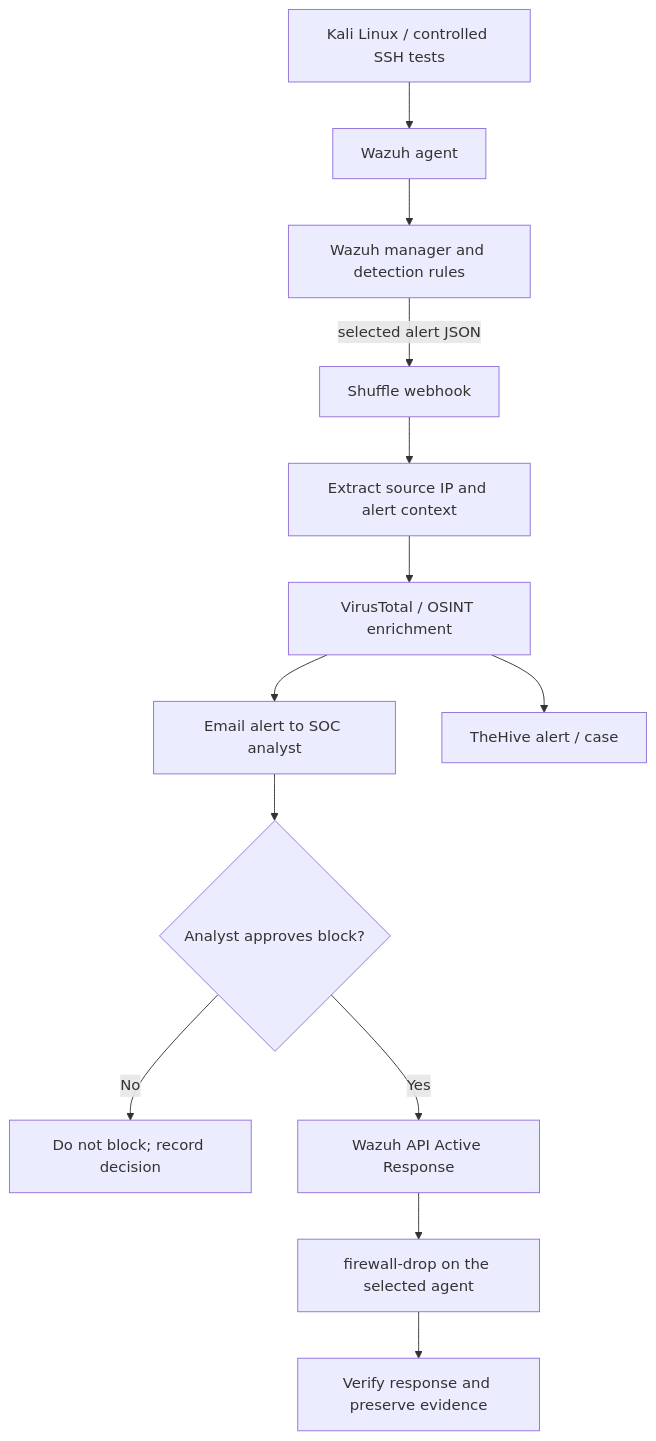
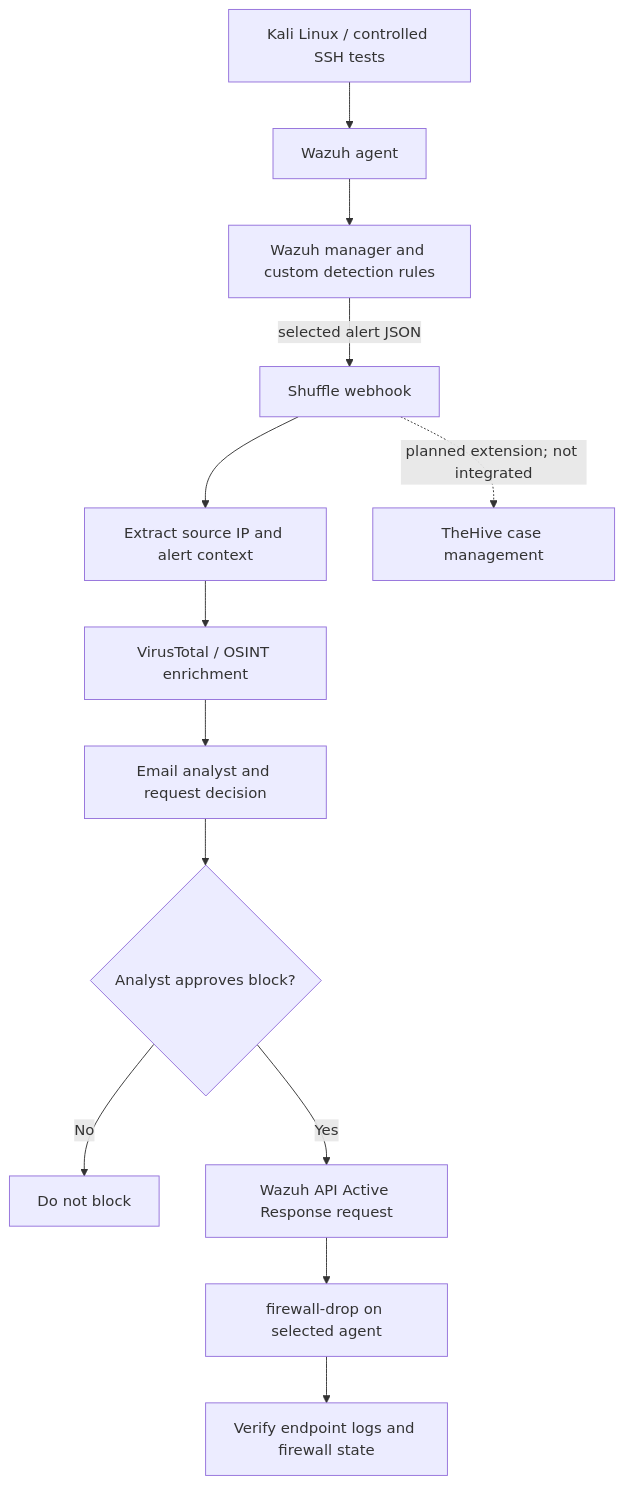
One commit to Aj-Lawrence7/soc-automation-lab changed the diagram in docs/workflow.md. Above: the diagram before and after it, drawn with Mermaid. The commit also changed other lines of this file and 6 other files, not shown here.

````diff
--- a/docs/workflow.md
+++ b/docs/workflow.md
@@ -5,15 +5,15 @@
 ```mermaid
 flowchart TD
     Kali[Kali Linux / controlled SSH tests] --> Agent[Wazuh agent]
-    Agent --> Manager[Wazuh manager and detection rules]
+    Agent --> Manager[Wazuh manager and custom detection rules]
     Manager -- selected alert JSON --> Hook[Shuffle webhook]
     Hook --> Extract[Extract source IP and alert context]
     Extract --> VT[VirusTotal / OSINT enrichment]
-    VT --> Email[Email alert to SOC analyst]
-    VT --> Hive[TheHive alert / case]
+    VT --> Email[Email analyst and request decision]
     Email --> Decision{Analyst approves block?}
-    Decision -- No --> NoBlock[Do not block; record decision]
-    Decision -- Yes --> API[Wazuh API Active Response]
-    API --> Firewall[firewall-drop on the selected agent]
-    Firewall --> Verify[Verify response and preserve evidence]
+    Decision -- No --> NoBlock[Do not block]
+    Decision -- Yes --> API[Wazuh API Active Response request]
+    API --> Firewall[firewall-drop on selected agent]
+    Firewall --> Verify[Verify endpoint logs and firewall state]
+    Hook -. planned extension; not integrated .-> Hive[TheHive case management]
 ```
````
